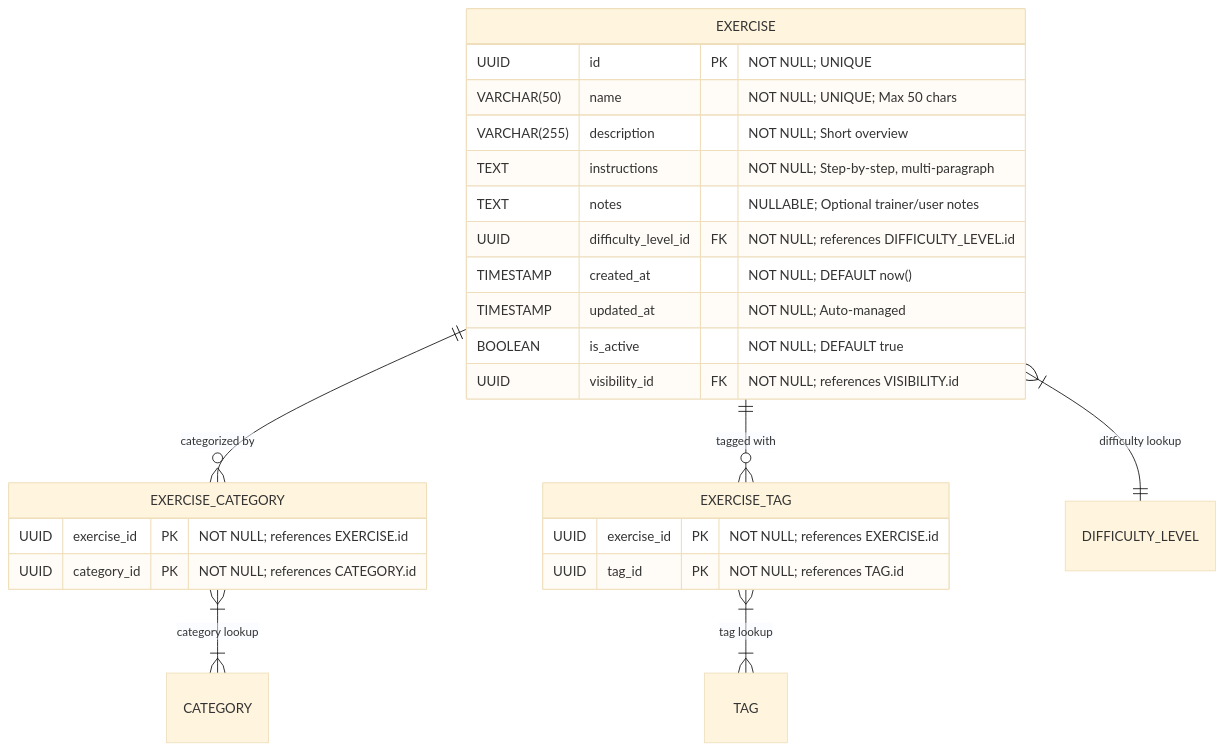
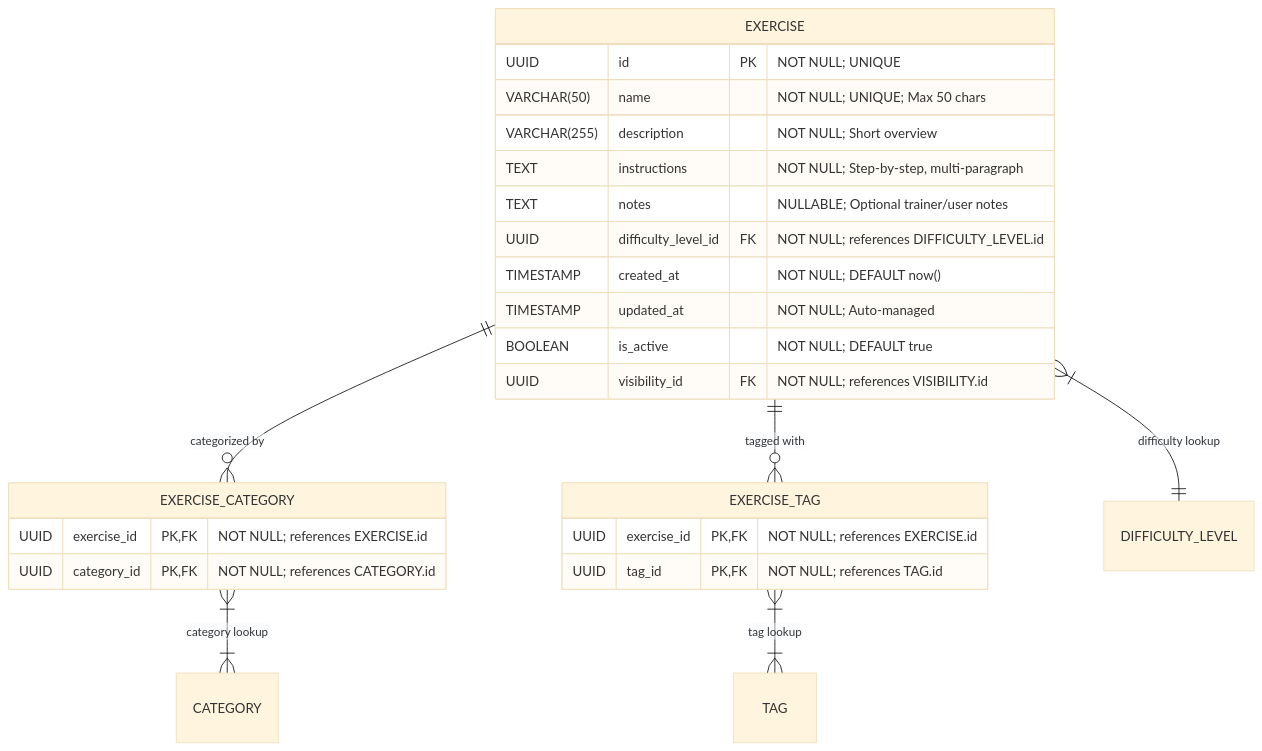
The diagram in docs/exercise/core_exercise_definition_classification.md (Dratharias/Motriforge), drawn with Mermaid (base theme) before and after one commit. The commit also changed 20 other files, not shown here.

````diff
--- a/docs/exercise/core_exercise_definition_classification.md
+++ b/docs/exercise/core_exercise_definition_classification.md
@@ -8,37 +8,37 @@
 ```mermaid
 erDiagram
   %%===============================================
   %% Layer 1: Core Exercise & Classification
   %%===============================================
 
   EXERCISE {
     UUID id PK                            "NOT NULL; UNIQUE"
     VARCHAR(50) name                      "NOT NULL; UNIQUE; Max 50 chars"
     VARCHAR(255) description              "NOT NULL; Short overview"
     TEXT instructions                     "NOT NULL; Step-by-step, multi-paragraph"
     TEXT notes                            "NULLABLE; Optional trainer/user notes"
     UUID difficulty_level_id FK           "NOT NULL; references DIFFICULTY_LEVEL.id"
     TIMESTAMP created_at                  "NOT NULL; DEFAULT now()"
     TIMESTAMP updated_at                  "NOT NULL; Auto-managed"
     BOOLEAN is_active                     "NOT NULL; DEFAULT true"
     UUID visibility_id FK                 "NOT NULL; references VISIBILITY.id"
   }
 
   EXERCISE_CATEGORY {
-    UUID exercise_id PK                   "NOT NULL; references EXERCISE.id"
-    UUID category_id PK                   "NOT NULL; references CATEGORY.id"
+    UUID exercise_id PK,FK                   "NOT NULL; references EXERCISE.id"
+    UUID category_id PK,FK                   "NOT NULL; references CATEGORY.id"
   }
 
   EXERCISE_TAG {
-    UUID exercise_id PK                   "NOT NULL; references EXERCISE.id"
-    UUID tag_id PK                        "NOT NULL; references TAG.id"
+    UUID exercise_id PK,FK                   "NOT NULL; references EXERCISE.id"
+    UUID tag_id PK,FK                        "NOT NULL; references TAG.id"
   }
 
   %%— Relationships in Layer 1 —
   EXERCISE        }|--|| DIFFICULTY_LEVEL : "difficulty lookup"
   EXERCISE ||--o{ EXERCISE_CATEGORY      : "categorized by"
   EXERCISE ||--o{ EXERCISE_TAG           : "tagged with"
   EXERCISE_CATEGORY }|--|{ CATEGORY        : "category lookup"
   EXERCISE_TAG      }|--|{ TAG             : "tag lookup"
 
 ```
````
